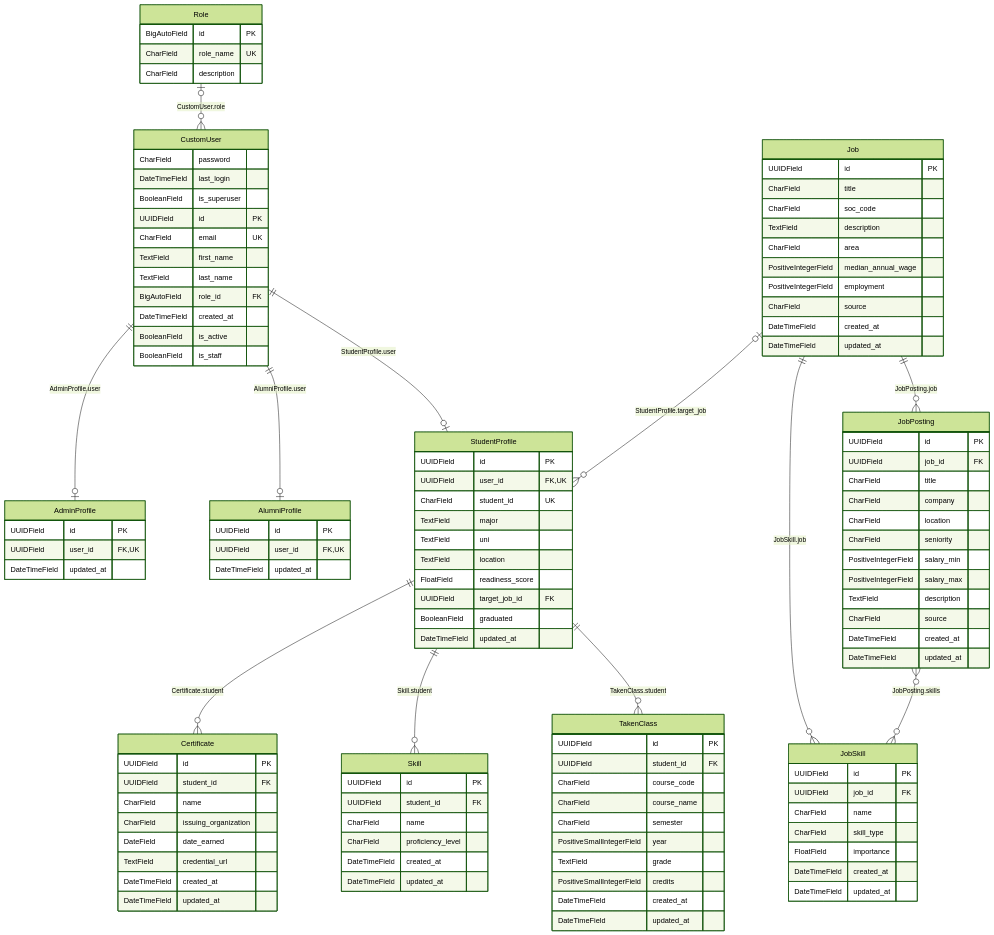
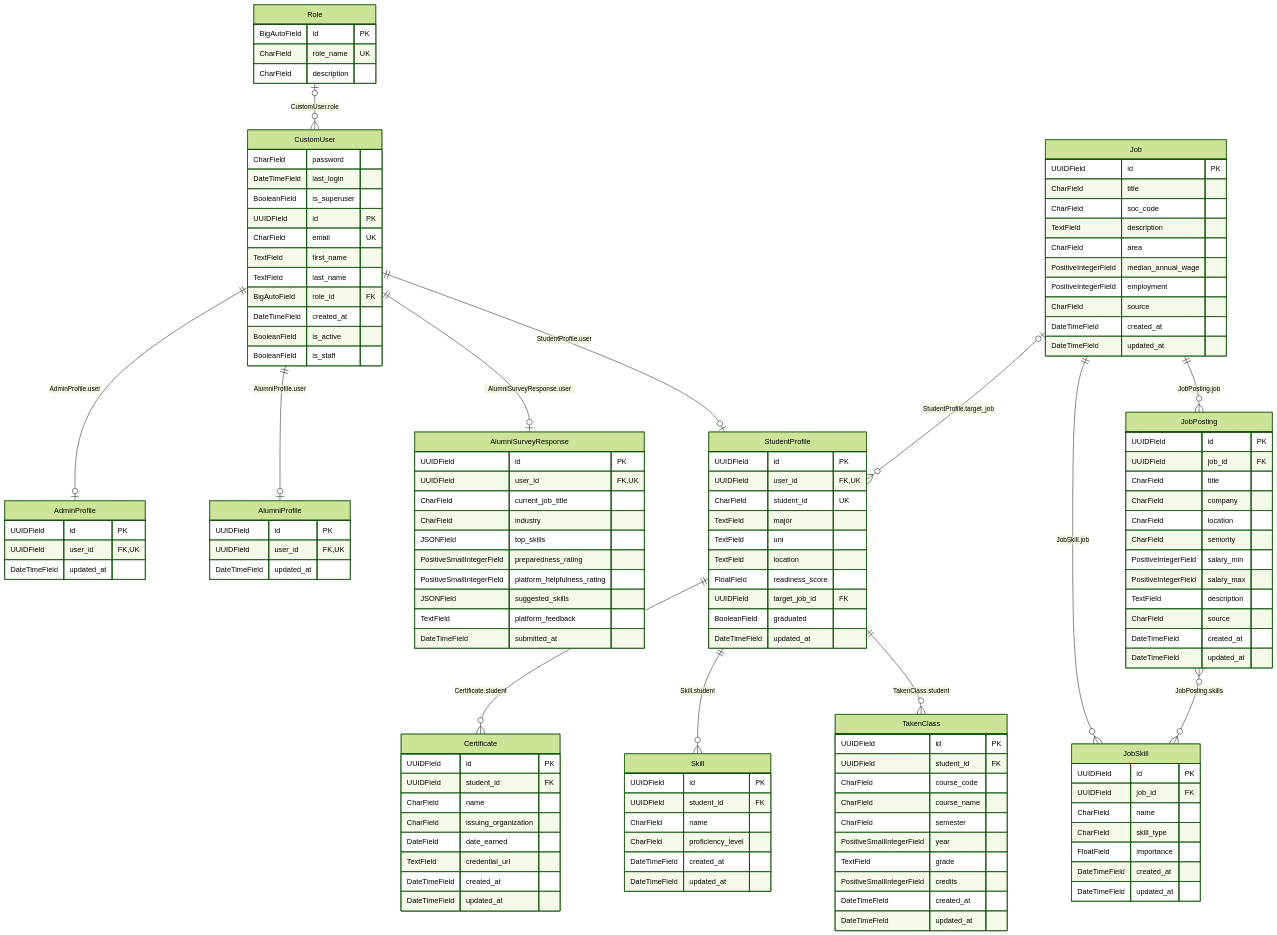
Before and after one commit to GradPace/GradPace-Prototype: the diagram in backend/docs/schema.md, drawn with Mermaid (forest theme). The commit also changed other lines of this file and 18 other files, not shown here.

Commit message:
created initial backend for alumni to complete the alumni survey

````diff
--- a/backend/docs/schema.md
+++ b/backend/docs/schema.md
@@ -18,6 +18,7 @@
 erDiagram
     CustomUser ||--o| AdminProfile : "AdminProfile.user"
     CustomUser ||--o| AlumniProfile : "AlumniProfile.user"
+    CustomUser ||--o| AlumniSurveyResponse : "AlumniSurveyResponse.user"
     CustomUser ||--o| StudentProfile : "StudentProfile.user"
     Job |o--o{ StudentProfile : "StudentProfile.target_job"
     Job ||--o{ JobPosting : "JobPosting.job"
@@ -133,4 +134,16 @@
         DateTimeField created_at
         DateTimeField updated_at
     }
+    AlumniSurveyResponse {
+        UUIDField id PK
+        UUIDField user_id FK, UK
+        CharField current_job_title
+        CharField industry
+        JSONField top_skills
+        PositiveSmallIntegerField preparedness_rating
+        PositiveSmallIntegerField platform_helpfulness_rating
+        JSONField suggested_skills
+        TextField platform_feedback
+        DateTimeField submitted_at
+    }
 ```
````
